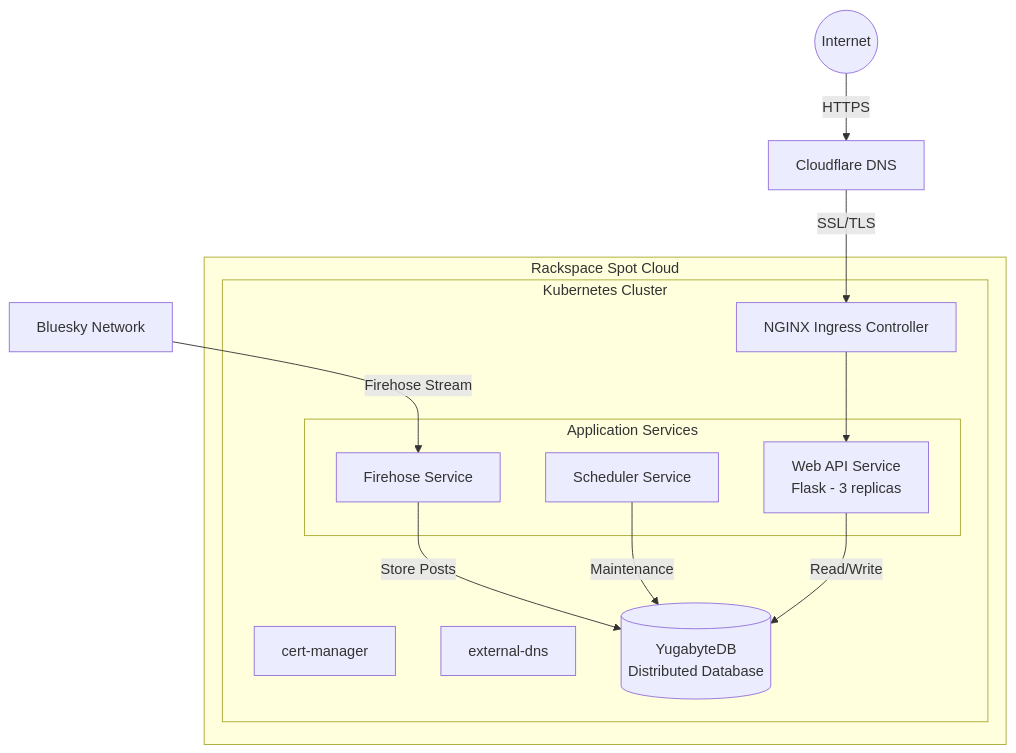
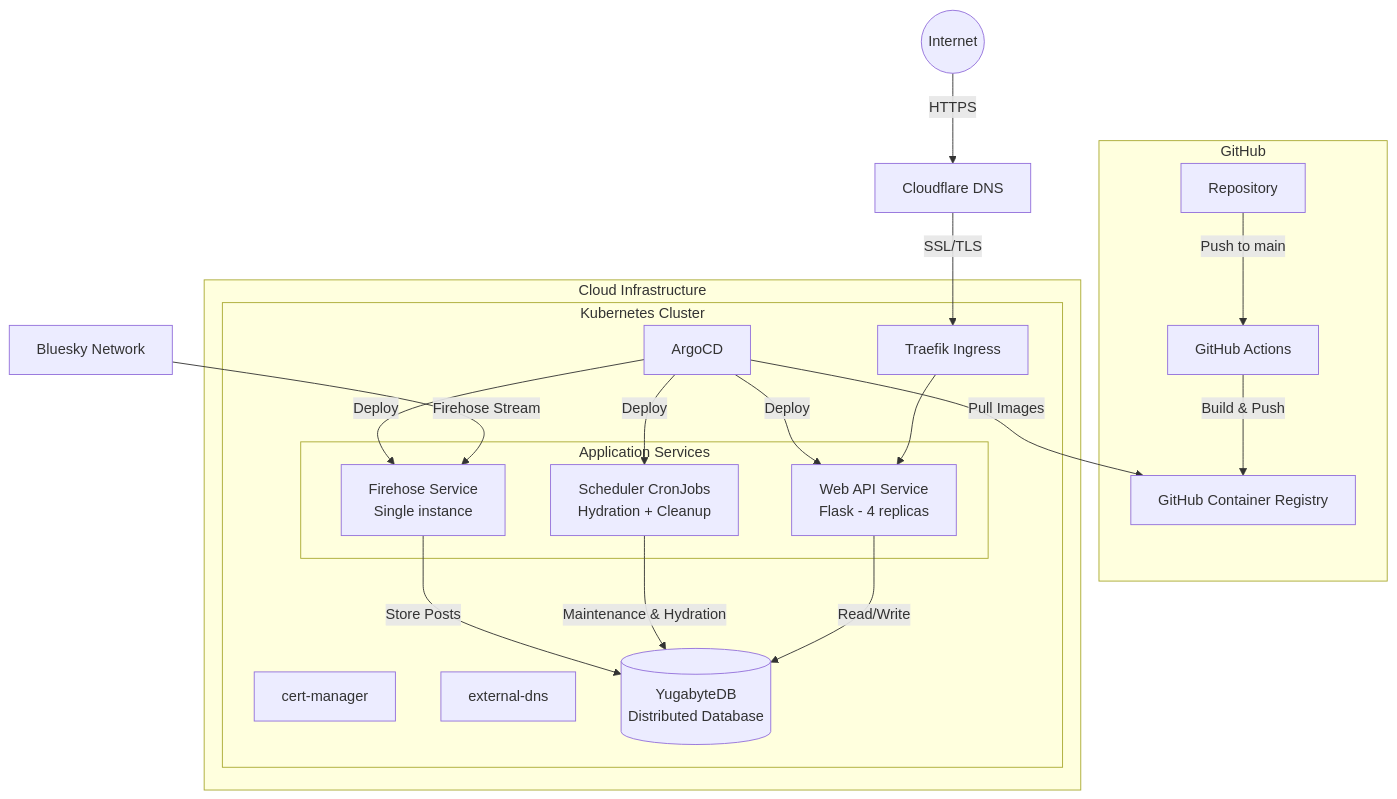
The diagram in README.md (richardr1126/cosmere-feed-bsky), drawn with Mermaid before and after one commit. The commit also changed other lines of this file and 35 other files, not shown here.

````diff
--- a/README.md
+++ b/README.md
@@ -55,27 +58,41 @@
 ```mermaid
 graph TD
-    subgraph "Rackspace Spot Cloud"
+    subgraph "GitHub"
+        actions[GitHub Actions]
+        ghcr[GitHub Container Registry]
+        repo[Repository]
+    end
+    
+    subgraph "Cloud Infrastructure"
         subgraph "Kubernetes Cluster"
-            ingress[NGINX Ingress Controller]
+            argocd[ArgoCD]
+            ingress[Traefik Ingress]
             cert[cert-manager]
             dns[external-dns]
             
             subgraph "Application Services"
-                api[Web API Service<br/>Flask - 3 replicas]
-                firehose[Firehose Service]
-                scheduler[Scheduler Service]
+                api[Web API Service<br/>Flask - 4 replicas]
+                firehose[Firehose Service<br/>Single instance]
+                cronjobs[Scheduler CronJobs<br/>Hydration + Cleanup]
             end
             
             yugadb[(YugabyteDB<br/>Distributed Database)]
         end
     end
+    
+    repo -->|Push to main| actions
+    actions -->|Build & Push| ghcr
+    argocd -->|Pull Images| ghcr
+    argocd -->|Deploy| api
+    argocd -->|Deploy| firehose
+    argocd -->|Deploy| cronjobs
     
     internet((Internet)) -->|HTTPS| cf[Cloudflare DNS]
     cf -->|SSL/TLS| ingress
     ingress --> api
     
     bsky[Bluesky Network] -->|Firehose Stream| firehose
     firehose -->|Store Posts| yugadb
-    scheduler -->|Maintenance| yugadb
+    cronjobs -->|Maintenance & Hydration| yugadb
     api -->|Read/Write| yugadb
 ```
````
